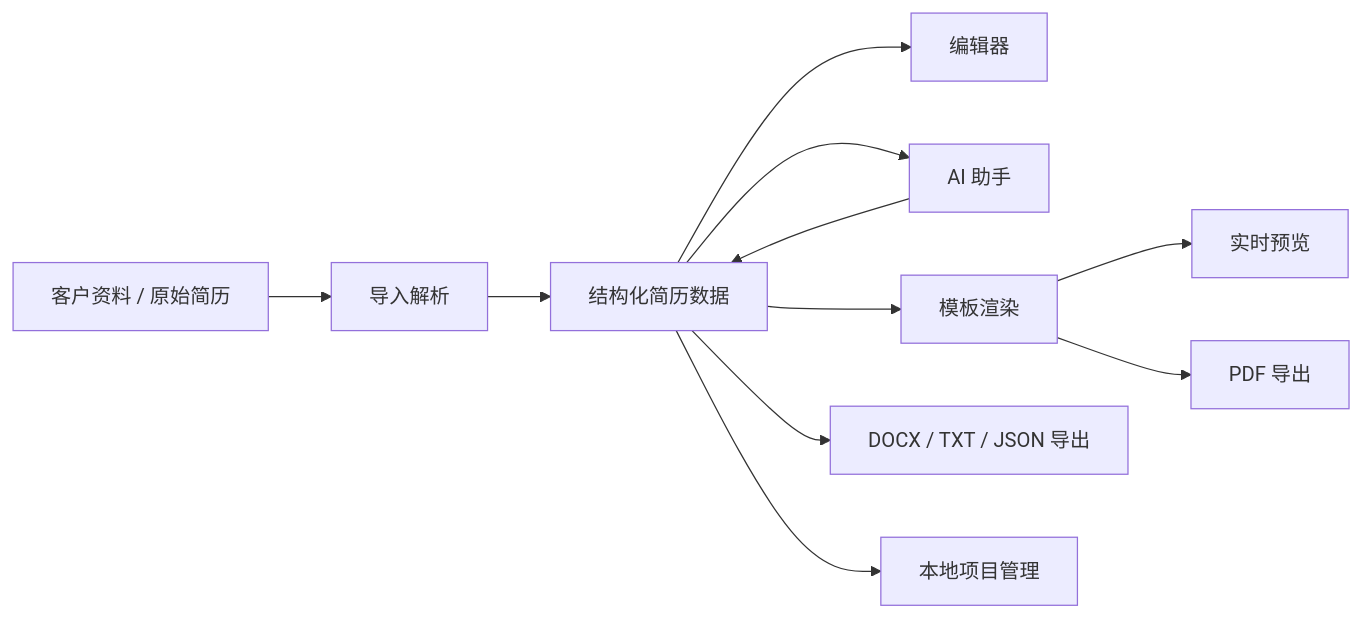
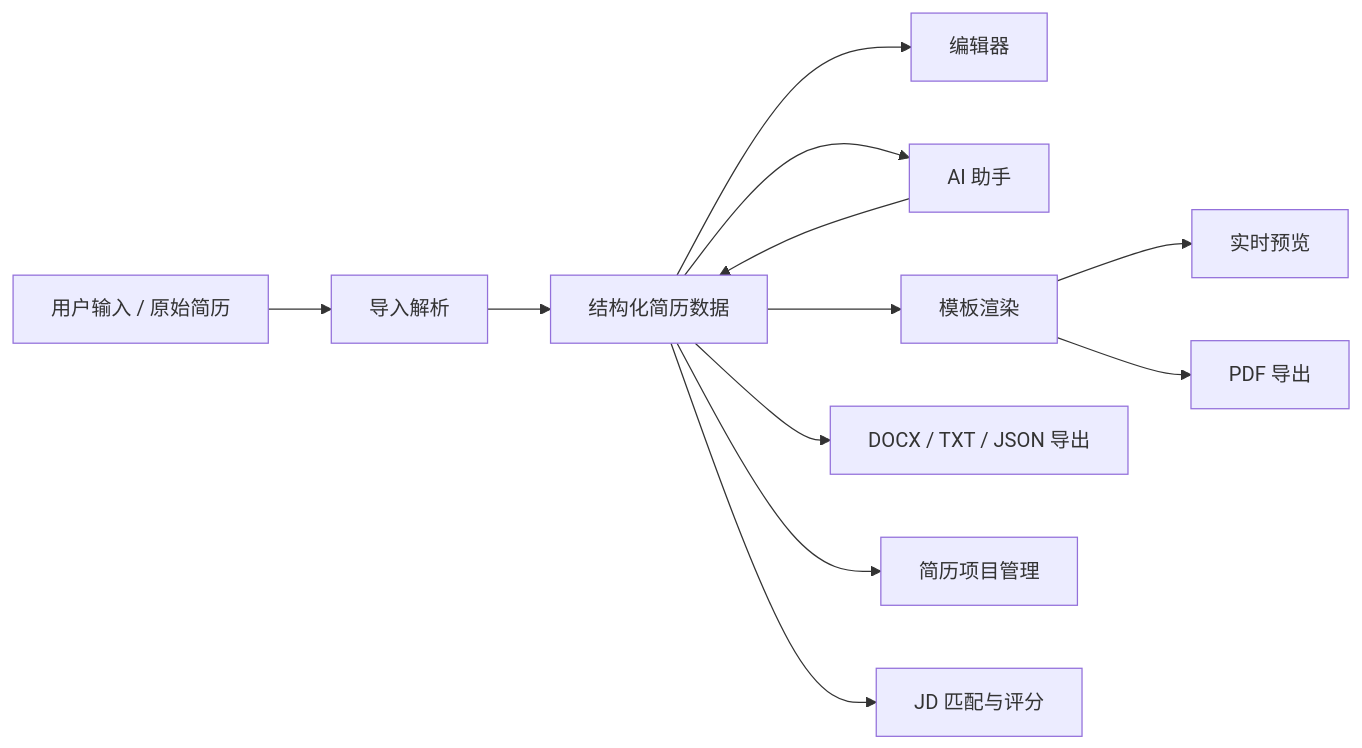
The first of 3 diagrams in MD/本地AI简历工坊开发落地方案.md (easterndd/Personal-Resume), drawn with Mermaid before and after one commit. The commit also changed other lines of this file, not shown here.

````diff
--- a/MD/本地AI简历工坊开发落地方案.md
+++ b/MD/本地AI简历工坊开发落地方案.md
@@ -101,13 +145,14 @@
 ```mermaid
 flowchart LR
-  A["客户资料 / 原始简历"] --> B["导入解析"]
+  A["用户输入 / 原始简历"] --> B["导入解析"]
   B --> C["结构化简历数据"]
   C --> D["编辑器"]
   C --> E["AI 助手"]
   E --> C
   C --> F["模板渲染"]
   F --> G["实时预览"]
   F --> H["PDF 导出"]
   C --> I["DOCX / TXT / JSON 导出"]
-  C --> J["本地项目管理"]
+  C --> J["简历项目管理"]
+  C --> K["JD 匹配与评分"]
 ```
````
